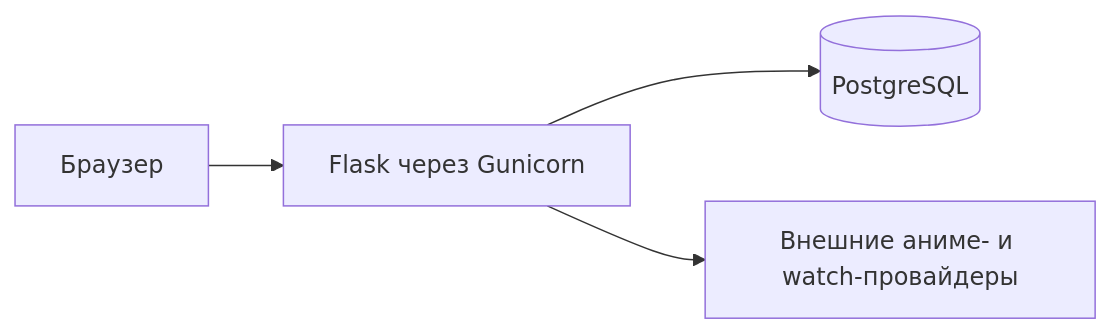
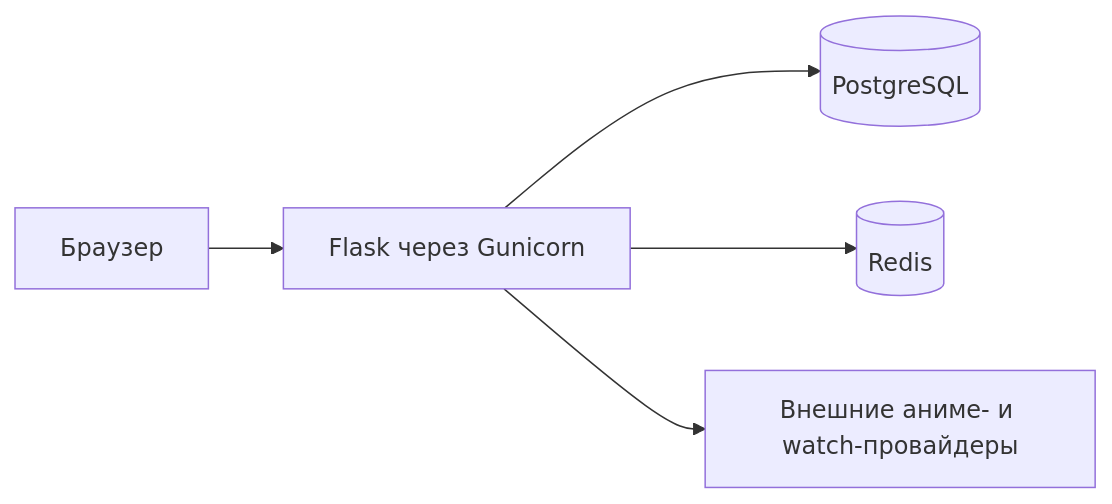
Before and after one commit to serega20112/Anime-Epic-Moments: the first of 2 diagrams in docs/deployment/overview.md, drawn with Mermaid. The commit also changed other lines of this file and 27 other files, not shown here.

````diff
--- a/docs/deployment/overview.md
+++ b/docs/deployment/overview.md
@@ -13,11 +13,13 @@
 ```mermaid
 flowchart LR
     Client[Браузер]
     App[Flask через Gunicorn]
     DB[(PostgreSQL)]
+    Redis[(Redis)]
     Providers[Внешние аниме- и watch-провайдеры]
 
     Client --> App
     App --> DB
+    App --> Redis
     App --> Providers
 ```
````
